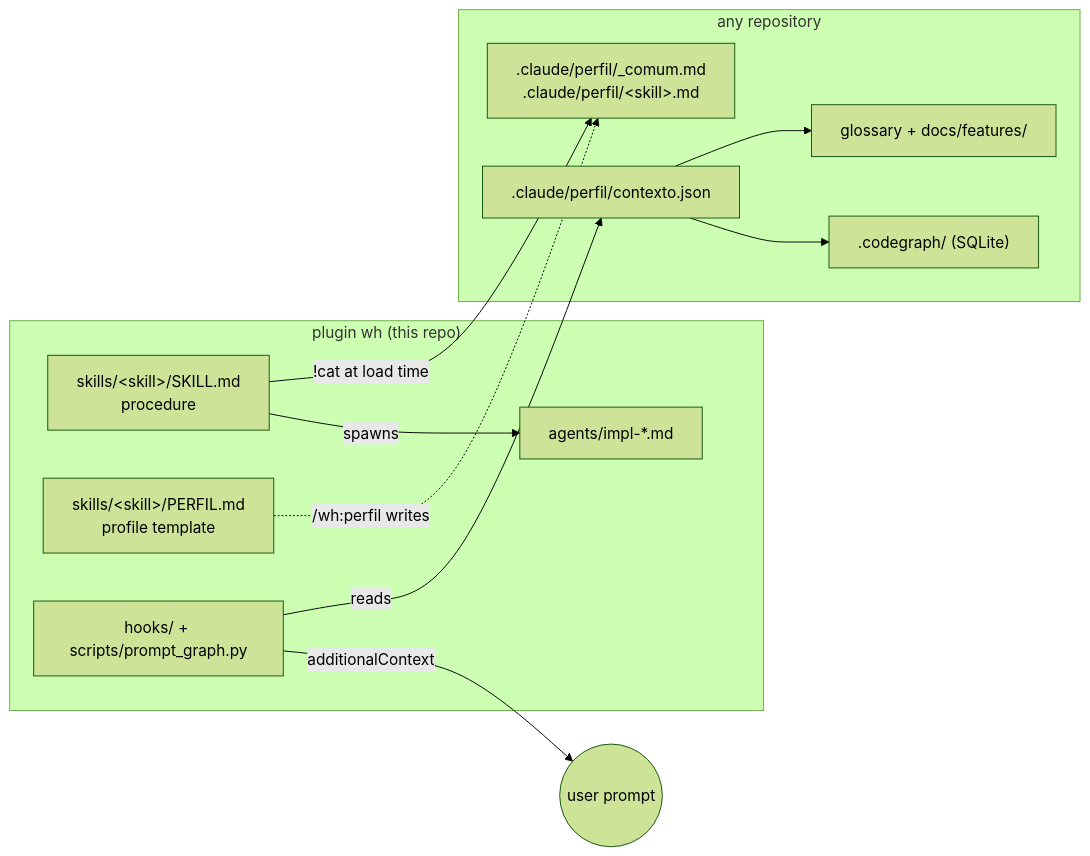
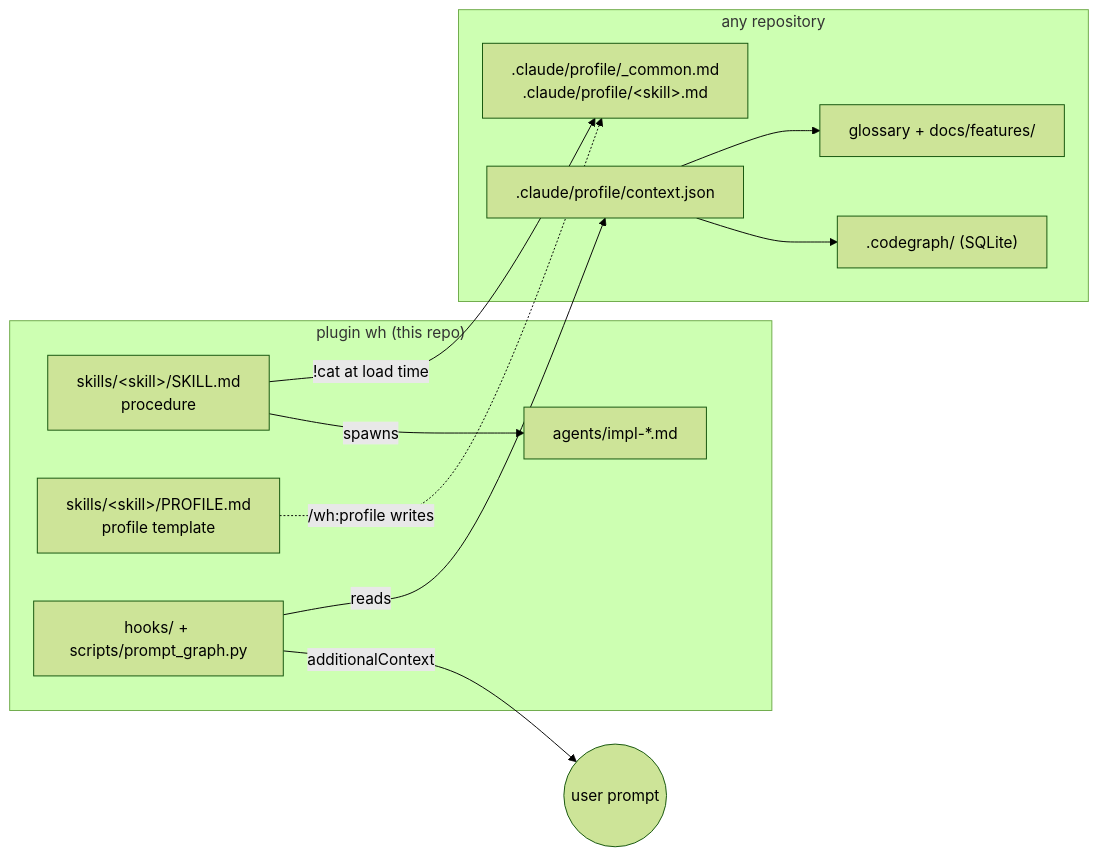
One commit to Walter-Dalla/wh-harness changed the second of 2 diagrams in README.md. Above: the diagram before and after it, drawn with Mermaid (forest theme). The commit also changed other lines of this file and 67 other files, not shown here.

````diff
--- a/README.md
+++ b/README.md
@@ -83,22 +83,22 @@
 ```mermaid
 flowchart LR
   subgraph plugin["plugin wh (this repo)"]
     S["skills/&lt;skill&gt;/SKILL.md<br/>procedure"]
-    P["skills/&lt;skill&gt;/PERFIL.md<br/>profile template"]
+    P["skills/&lt;skill&gt;/PROFILE.md<br/>profile template"]
     A["agents/impl-*.md"]
     H["hooks/ + scripts/prompt_graph.py"]
   end
   subgraph project["any repository"]
-    C[".claude/perfil/_comum.md<br/>.claude/perfil/&lt;skill&gt;.md"]
-    X[".claude/perfil/contexto.json"]
+    C[".claude/profile/_common.md<br/>.claude/profile/&lt;skill&gt;.md"]
+    X[".claude/profile/context.json"]
     G["glossary + docs/features/"]
     CG[".codegraph/ (SQLite)"]
   end
   S -- "!cat at load time" --> C
-  P -. "/wh:perfil writes" .-> C
+  P -. "/wh:profile writes" .-> C
   S -- "spawns" --> A
   H -- "reads" --> X
   X --> G
   X --> CG
   H -- "additionalContext" --> Prompt(("user prompt"))
 ```
````
